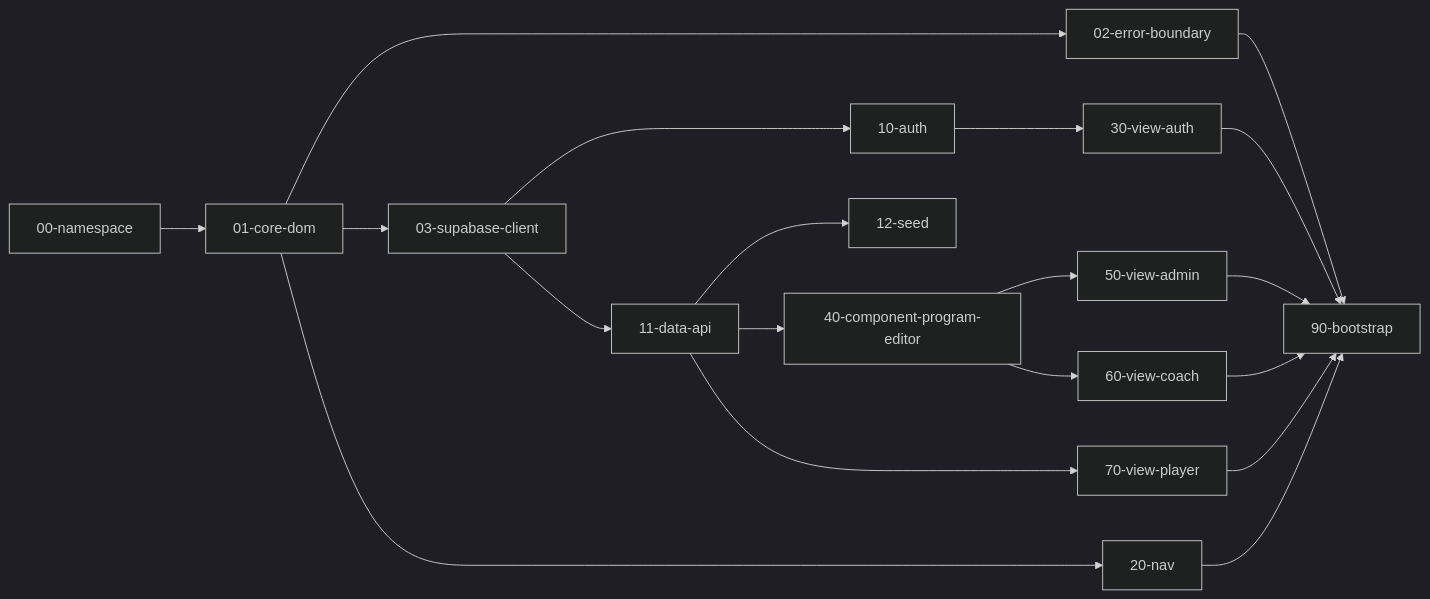
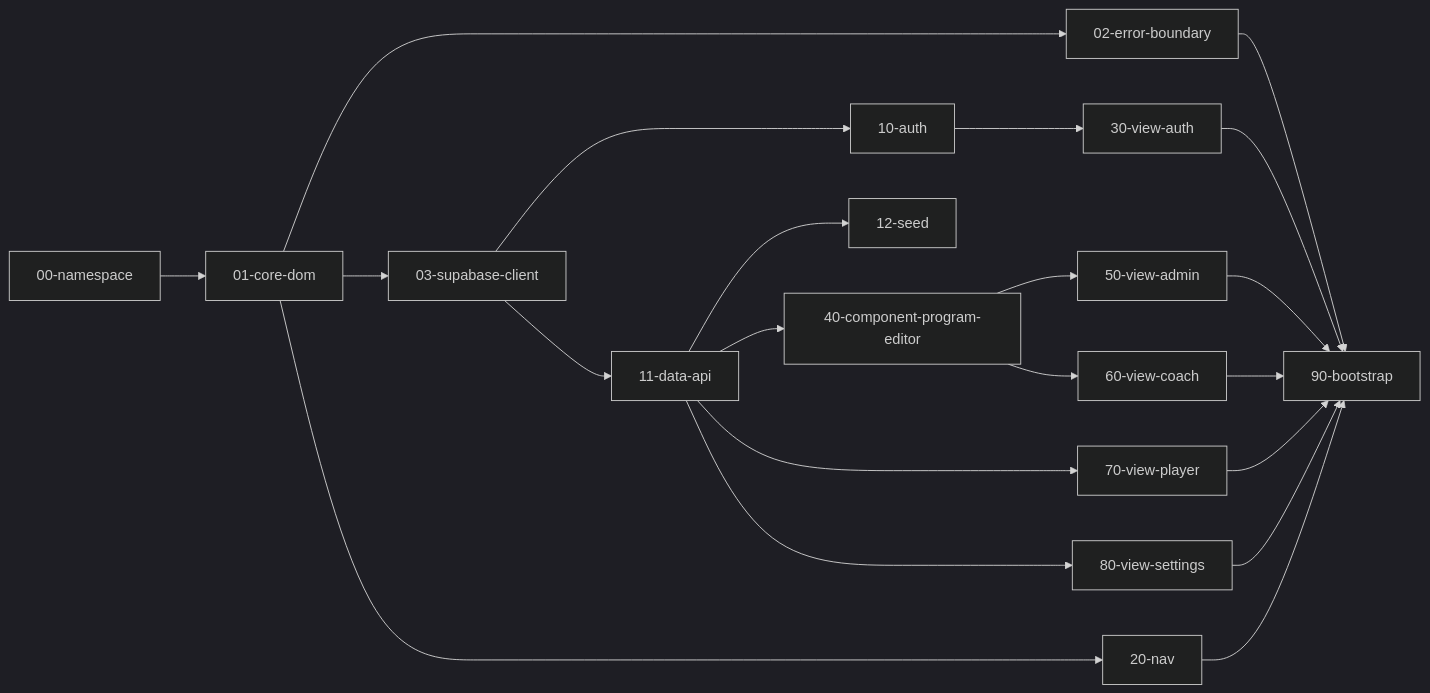
Before and after one commit to batoucode/summer-tmb-plll: the diagram in docs/ARCHITECTURE.md, drawn with Mermaid (dark theme). The commit also changed other lines of this file and 14 other files, not shown here.

````diff
--- a/docs/ARCHITECTURE.md
+++ b/docs/ARCHITECTURE.md
@@ -157,21 +158,23 @@
 ```mermaid
 flowchart LR
   ns[00-namespace] --> core[01-core-dom]
   core --> err[02-error-boundary]
   core --> sbc[03-supabase-client]
   sbc --> auth[10-auth]
   sbc --> data[11-data-api]
   data --> seed[12-seed]
   core --> nav[20-nav]
   auth --> viewAuth[30-view-auth]
   data --> compEditor[40-component-program-editor]
   compEditor --> viewAdmin[50-view-admin]
   compEditor --> viewCoach[60-view-coach]
   data --> viewPlayer[70-view-player]
+  data --> viewSettings[80-view-settings]
   err --> boot[90-bootstrap]
   nav --> boot
   viewAuth --> boot
   viewAdmin --> boot
   viewCoach --> boot
   viewPlayer --> boot
+  viewSettings --> boot
 ```
````
